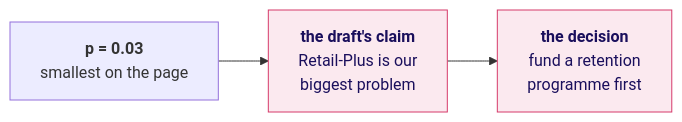
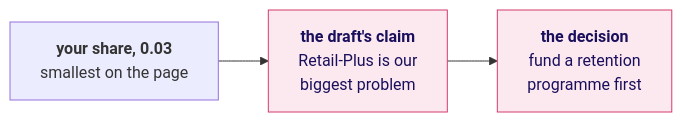
Diagram 12 of 20 in content/W01/D4/slides/C2_W01_D04_half1_STUDENT.md (fde-academy-lab/c2-content-factory), drawn with Mermaid before and after one commit. The commit also changed other lines of this file and 3 other files, not shown here.

First line of the commit message:
W01 D4: room runs Retail-Plus before any slide shows its p-value; S24 bars in proportion

````diff
--- a/content/W01/D4/slides/C2_W01_D04_half1_STUDENT.md
+++ b/content/W01/D4/slides/C2_W01_D04_half1_STUDENT.md
@@ -501,7 +503,7 @@
 ```mermaid
 flowchart LR
-    P["<b>p = 0.03</b><br/>smallest on the page"] --> C["<b>the draft's claim</b><br/>Retail-Plus is our<br/>biggest problem"]
+    P["<b>your share, 0.03</b><br/>smallest on the page"] --> C["<b>the draft's claim</b><br/>Retail-Plus is our<br/>biggest problem"]
     C --> D["<b>the decision</b><br/>fund a retention<br/>programme first"]
     classDef bad fill:#FBE9EF,stroke:#D63A6A,color:#1A0F5C
     class C,D bad
 ```
````
